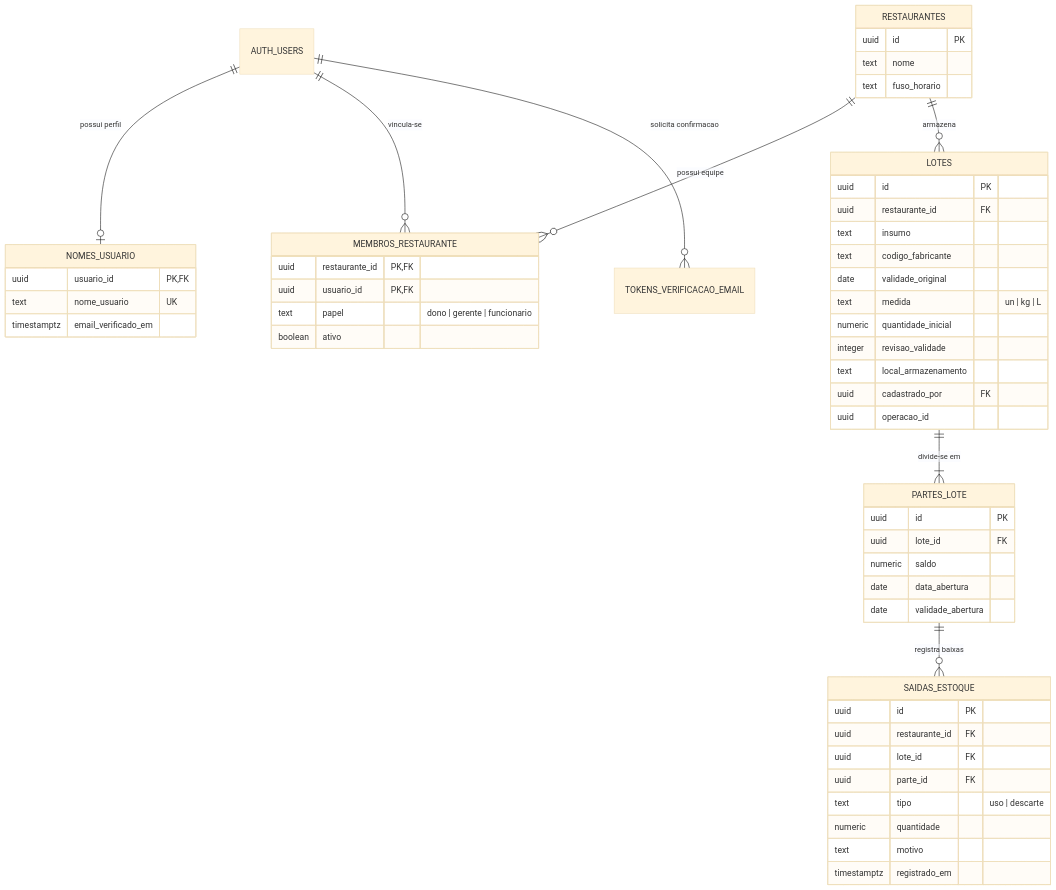
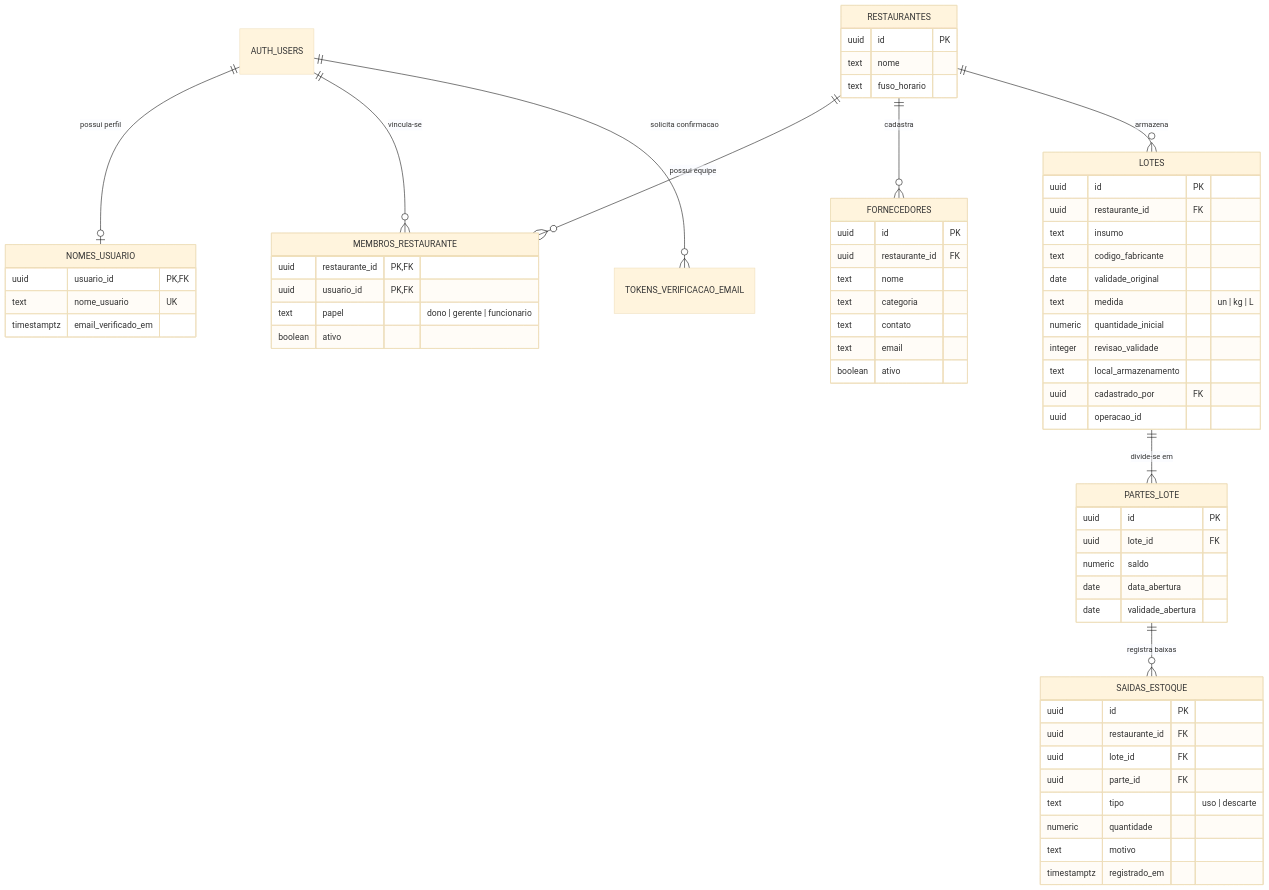
One commit to fabioboeingsantos/Sync changed the diagram in docs/architecture/data-model.md. Above: the diagram before and after it, drawn with Mermaid (base theme). The commit also changed other lines of this file and 35 other files, not shown here.

````diff
--- a/docs/architecture/data-model.md
+++ b/docs/architecture/data-model.md
@@ -9,57 +9,67 @@
 ```mermaid
 erDiagram
   AUTH_USERS ||--o| NOMES_USUARIO : "possui perfil"
   AUTH_USERS ||--o{ MEMBROS_RESTAURANTE : "vincula-se"
   RESTAURANTES ||--o{ MEMBROS_RESTAURANTE : "possui equipe"
+  RESTAURANTES ||--o{ FORNECEDORES : "cadastra"
   RESTAURANTES ||--o{ LOTES : "armazena"
   LOTES ||--|{ PARTES_LOTE : "divide-se em"
   PARTES_LOTE ||--o{ SAIDAS_ESTOQUE : "registra baixas"
   AUTH_USERS ||--o{ TOKENS_VERIFICACAO_EMAIL : "solicita confirmacao"
 
   RESTAURANTES {
     uuid id PK
     text nome
     text fuso_horario
+  }
+  FORNECEDORES {
+    uuid id PK
+    uuid restaurante_id FK
+    text nome
+    text categoria
+    text contato
+    text email
+    boolean ativo
   }
   MEMBROS_RESTAURANTE {
     uuid restaurante_id PK,FK
     uuid usuario_id PK,FK
     text papel "dono | gerente | funcionario"
     boolean ativo
   }
   NOMES_USUARIO {
     uuid usuario_id PK,FK
     text nome_usuario UK
     timestamptz email_verificado_em
   }
   LOTES {
     uuid id PK
     uuid restaurante_id FK
     text insumo
     text codigo_fabricante
     date validade_original
     text medida "un | kg | L"
     numeric quantidade_inicial
     integer revisao_validade
     text local_armazenamento
     uuid cadastrado_por FK
     uuid operacao_id
   }
   PARTES_LOTE {
     uuid id PK
     uuid lote_id FK
     numeric saldo
     date data_abertura
     date validade_abertura
   }
   SAIDAS_ESTOQUE {
     uuid id PK
     uuid restaurante_id FK
     uuid lote_id FK
     uuid parte_id FK
     text tipo "uso | descarte"
     numeric quantidade
     text motivo
     timestamptz registrado_em
   }
 ```
````
